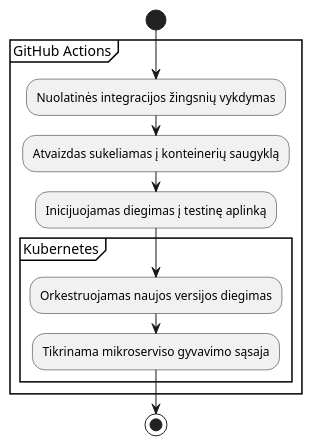
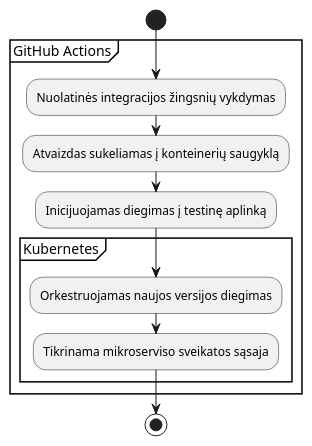
One commit to mila973/CD-pipeline-app changed the diagram in docs/Test.puml. Above: the diagram before and after it, drawn with PlantUML. The commit also changed 3 other files, not shown here.

```diff
--- a/docs/Test.puml
+++ b/docs/Test.puml
@@ -1,16 +1,16 @@
 @startuml
 skinparam ConditionEndStyle hline
 skinparam defaultTextAlignment center
 start
 
     partition "GitHub Actions" {
         :Nuolatinės integracijos žingsnių vykdymas;
         :Atvaizdas sukeliamas į konteinerių saugyklą;
         :Inicijuojamas diegimas į testinę aplinką;
         partition "Kubernetes" {
             :Orkestruojamas naujos versijos diegimas;
-            :Tikrinama mikroserviso gyvavimo sąsaja;
+            :Tikrinama mikroserviso sveikatos sąsaja;
         }
     }
 stop
 @enduml
```
